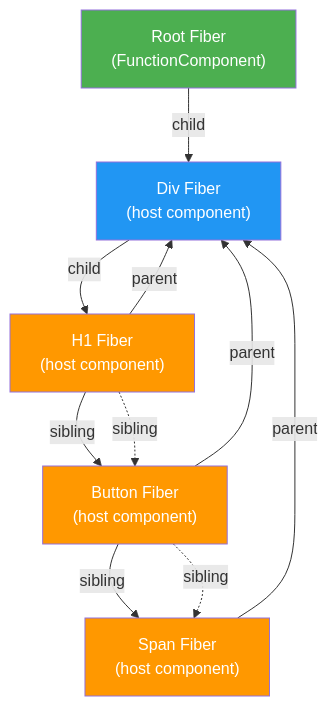
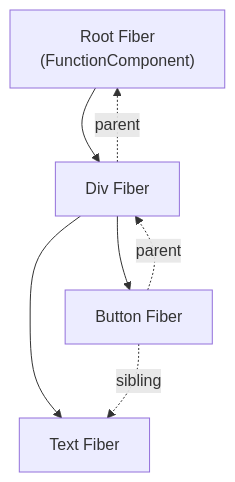
The first of 3 diagrams in README.md (g-villarinho/villax), drawn with Mermaid before and after one commit. The commit also changed other lines of this file, not shown here.

````diff
--- a/README.md
+++ b/README.md
@@ -40,24 +40,16 @@
 ```mermaid
+%%{init: {'theme': 'default'}}%%
 graph TD
     Root["Root Fiber<br/>(FunctionComponent)"]
+    Div["Div Fiber"]
+    Button["Button Fiber"]
+    Text["Text Fiber"]
     
-    Root -->|child| Div["Div Fiber<br/>(host component)"]
+    Root --> Div
+    Div --> Button
+    Div --> Text
     
-    Div -->|child| H1["H1 Fiber<br/>(host component)"]
-    H1 -->|sibling| Button["Button Fiber<br/>(host component)"]
-    
-    Button -->|sibling| Span["Span Fiber<br/>(host component)"]
-    
-    H1 -->|parent| Div
-    Button -->|parent| Div
-    Span -->|parent| Div
-    
-    H1 -.->|sibling| Button
-    Button -.->|sibling| Span
-    
-    style Root fill:#4CAF50,color:#fff
-    style Div fill:#2196F3,color:#fff
-    style H1 fill:#FF9800,color:#fff
-    style Button fill:#FF9800,color:#fff
-    style Span fill:#FF9800,color:#fff
+    Button -.sibling.-> Text
+    Button -.parent.-> Div
+    Div -.parent.-> Root
 ```
````
